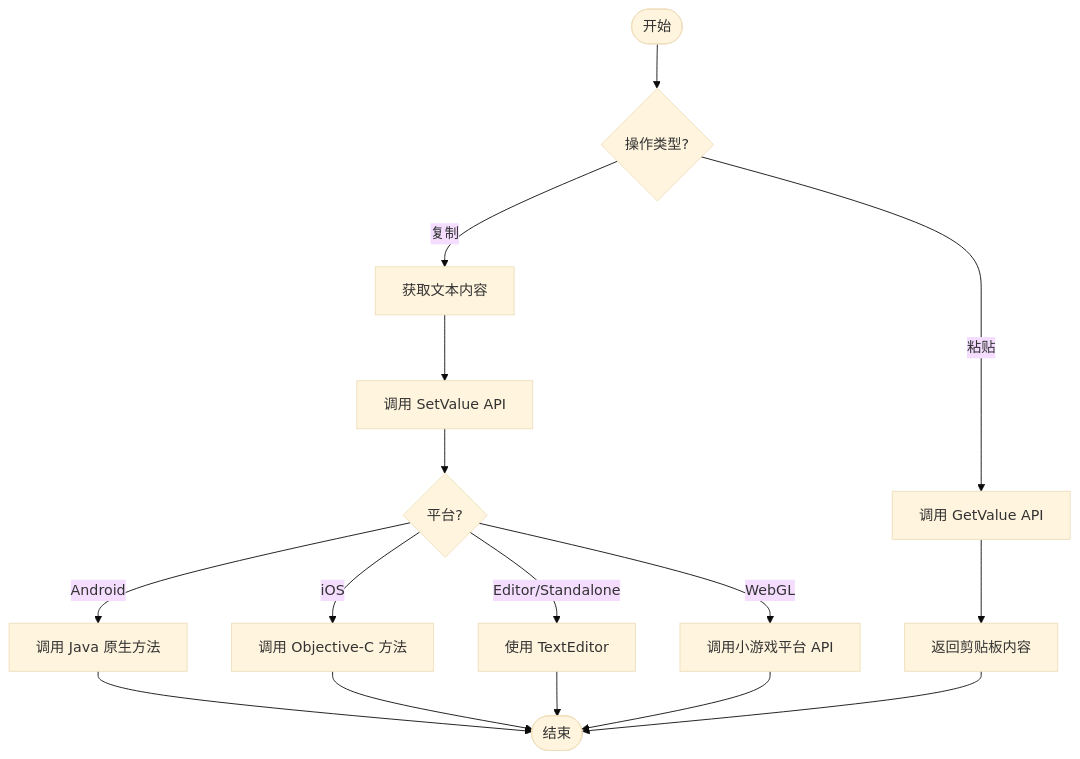
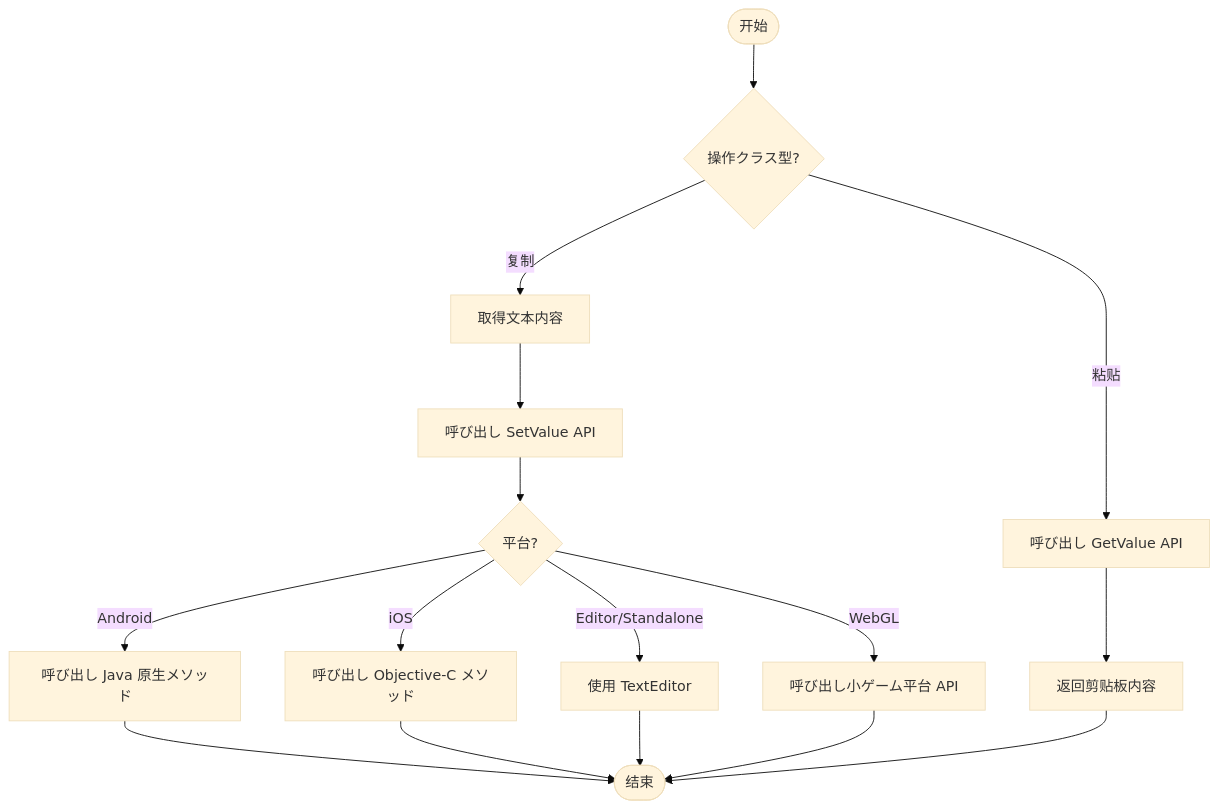
One commit to AlianBlank/GameFrameX.Docs changed the diagram in docs/ja/client/unity/component/operationclipboard/06.samples.md. Above: the diagram before and after it, drawn with Mermaid (base theme). The commit also changed other lines of this file and 603 other files, not shown here.

````diff
--- a/docs/ja/client/unity/component/operationclipboard/06.samples.md
+++ b/docs/ja/client/unity/component/operationclipboard/06.samples.md
@@ -176,18 +176,18 @@
 ```mermaid
 flowchart TD
-    A([开始]) --> B{操作类型?}
-    B -->|复制| C[获取文本内容]
-    B -->|粘贴| D[调用 GetValue API]
-    C --> E[调用 SetValue API]
+    A([开始]) --> B{操作クラス型?}
+    B -->|复制| C[取得文本内容]
+    B -->|粘贴| D[呼び出し GetValue API]
+    C --> E[呼び出し SetValue API]
     E --> F{平台?}
     D --> G[返回剪贴板内容]
-    F -->|Android| H[调用 Java 原生方法]
-    F -->|iOS| I[调用 Objective-C 方法]
+    F -->|Android| H[呼び出し Java 原生メソッド]
+    F -->|iOS| I[呼び出し Objective-C メソッド]
     F -->|Editor/Standalone| J[使用 TextEditor]
-    F -->|WebGL| K[调用小游戏平台 API]
+    F -->|WebGL| K[呼び出し小ゲーム平台 API]
     H --> L([结束])
     I --> L
     J --> L
     K --> L
     G --> L
 ```
````
